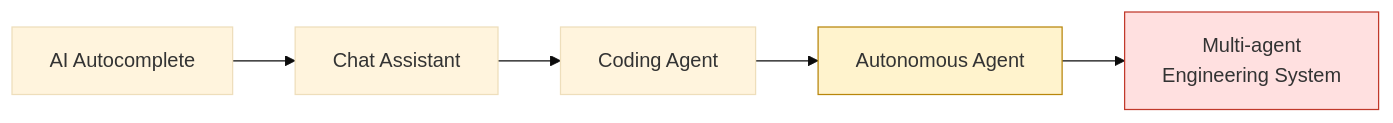
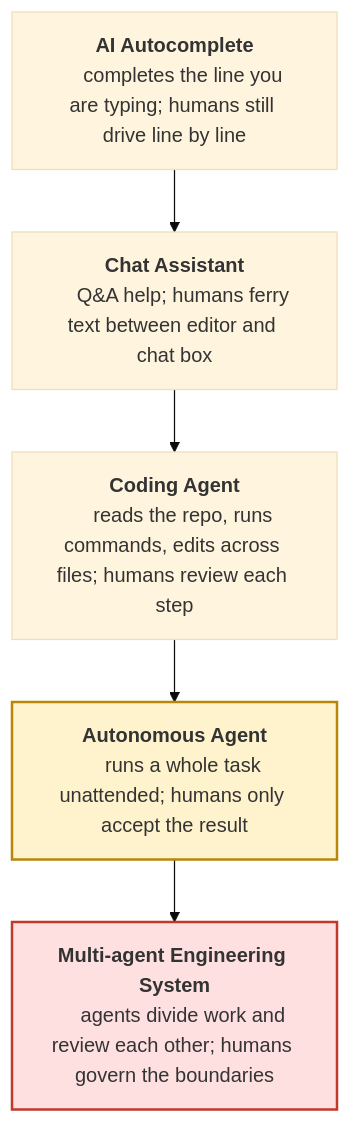
One commit to fantasybz/medium-articles changed the first of 8 diagrams in 2026-09-agentic-engineering-platform/article.en.md. Above: the diagram before and after it, drawn with Mermaid (base theme). The commit also changed other lines of this file and 26 other files, not shown here.

First line of the commit message:
Redraw the remaining wide and tall diagrams across all four articles

````diff
--- a/2026-09-agentic-engineering-platform/article.en.md
+++ b/2026-09-agentic-engineering-platform/article.en.md
@@ -29,9 +29,16 @@
 ```mermaid
-flowchart LR
-    A["AI Autocomplete"] --> B["Chat Assistant"]
-    B --> C["Coding Agent"]
-    C --> D["Autonomous Agent"]
-    D --> E["Multi-agent<br/>Engineering System"]
-    style D fill:#fff3cd,stroke:#b8860b
-    style E fill:#ffe0e0,stroke:#c0392b
+flowchart TB
+    A["<b>AI Autocomplete</b>
+    completes the line you are typing; humans still drive line by line"]
+    B["<b>Chat Assistant</b>
+    Q&A help; humans ferry text between editor and chat box"]
+    C["<b>Coding Agent</b>
+    reads the repo, runs commands, edits across files; humans review each step"]
+    D["<b>Autonomous Agent</b>
+    runs a whole task unattended; humans only accept the result"]
+    E["<b>Multi-agent Engineering System</b>
+    agents divide work and review each other; humans govern the boundaries"]
+    A --> B --> C --> D --> E
+    style D fill:#fff3cd,stroke:#b8860b,stroke-width:2px
+    style E fill:#ffe0e0,stroke:#c0392b,stroke-width:2px
 ```
````
